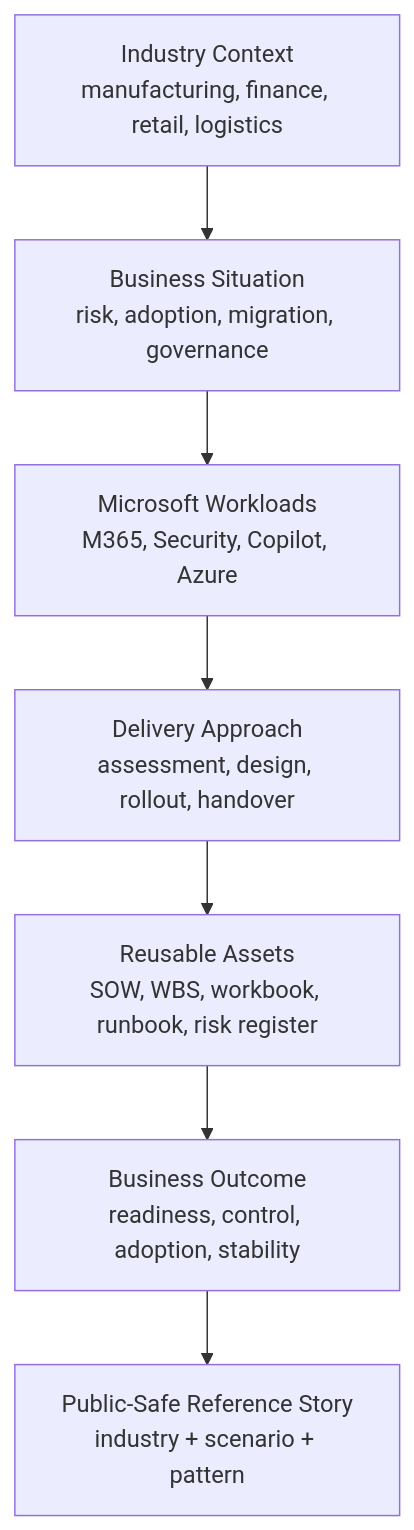
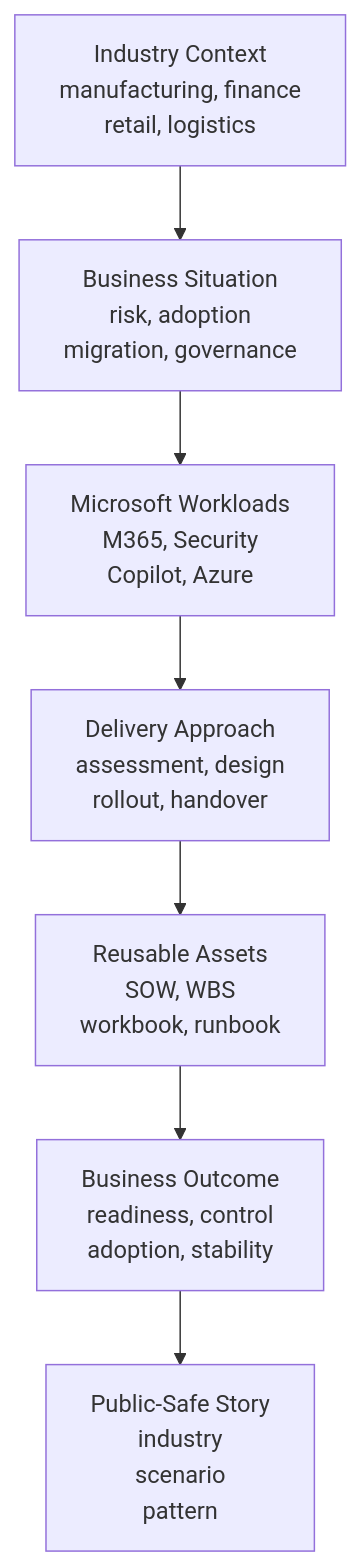
The first of 3 diagrams in docs/projects/customer-success-reference-patterns.md (Eric841001/Eric841001.github.io), drawn with Mermaid before and after one commit. The commit also changed other lines of this file and 5 other files, not shown here.

Commit message:
Fix Mermaid diagram text clipping

````diff
--- a/docs/projects/customer-success-reference-patterns.md
+++ b/docs/projects/customer-success-reference-patterns.md
@@ -23,9 +23,9 @@
 ```mermaid
 flowchart TB
-  Industry["Industry Context\nmanufacturing, finance, retail, logistics"] --> Situation["Business Situation\nrisk, adoption, migration, governance"]
-  Situation --> Workloads["Microsoft Workloads\nM365, Security, Copilot, Azure"]
-  Workloads --> Delivery["Delivery Approach\nassessment, design, rollout, handover"]
-  Delivery --> Assets["Reusable Assets\nSOW, WBS, workbook, runbook, risk register"]
-  Assets --> Outcome["Business Outcome\nreadiness, control, adoption, stability"]
-  Outcome --> Story["Public-Safe Reference Story\nindustry + scenario + pattern"]
+  Industry["Industry Context<br/>manufacturing, finance<br/>retail, logistics"] --> Situation["Business Situation<br/>risk, adoption<br/>migration, governance"]
+  Situation --> Workloads["Microsoft Workloads<br/>M365, Security<br/>Copilot, Azure"]
+  Workloads --> Delivery["Delivery Approach<br/>assessment, design<br/>rollout, handover"]
+  Delivery --> Assets["Reusable Assets<br/>SOW, WBS<br/>workbook, runbook"]
+  Assets --> Outcome["Business Outcome<br/>readiness, control<br/>adoption, stability"]
+  Outcome --> Story["Public-Safe Story<br/>industry<br/>scenario<br/>pattern"]
 ```
````
